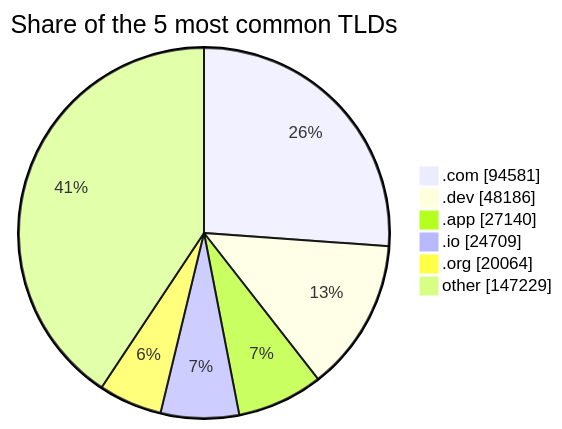
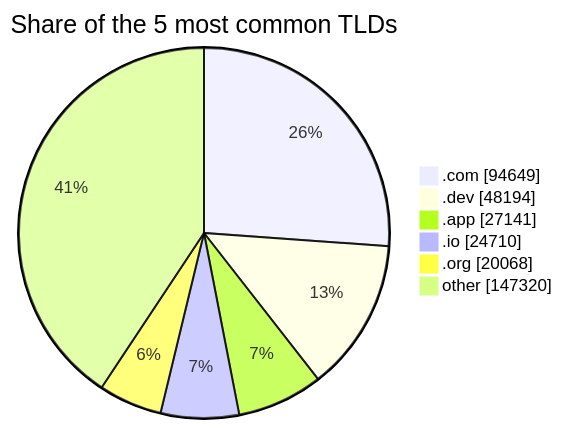
One commit to DNSBunker/CTI changed the third of 3 diagrams in README.md. Above: the diagram before and after it, drawn with Mermaid. The commit also changed other lines of this file and 3 other files, not shown here.

````diff
--- a/README.md
+++ b/README.md
@@ -81,9 +81,9 @@
 ```mermaid
 pie showData title Share of the 5 most common TLDs
-    ".com" : 94581
-    ".dev" : 48186
-    ".app" : 27140
-    ".io" : 24709
-    ".org" : 20064
-    "other" : 147229
+    ".com" : 94649
+    ".dev" : 48194
+    ".app" : 27141
+    ".io" : 24710
+    ".org" : 20068
+    "other" : 147320
 ```
````
